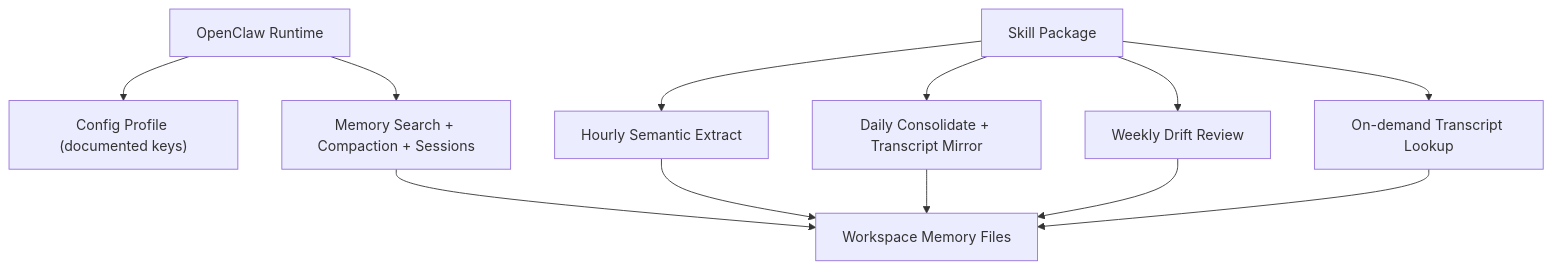
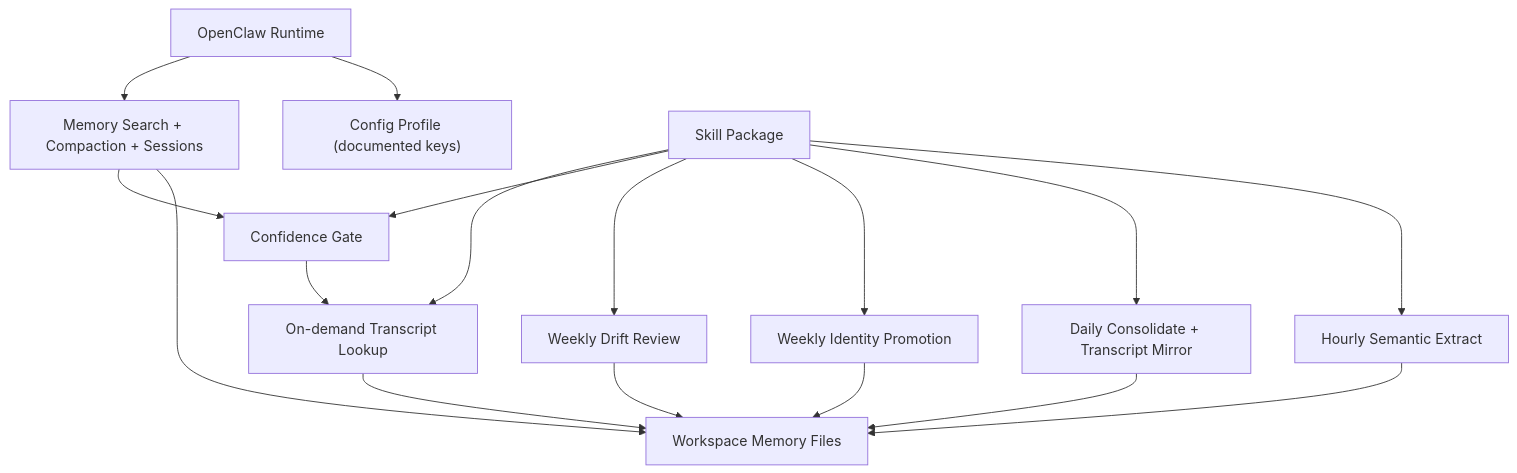
One commit to Celi-Celeste/OpenClaw_Memory_Governance changed the diagram in docs/architecture.md. Above: the diagram before and after it, drawn with Mermaid. The commit also changed other lines of this file and 18 other files, not shown here.

Commit message:
Implement fixes: transcript isolation, confidence gate, and weekly identity promotion

````diff
--- a/docs/architecture.md
+++ b/docs/architecture.md
@@ -9,14 +9,19 @@
 ```mermaid
 flowchart TD
     A["OpenClaw Runtime"] --> B["Config Profile (documented keys)"]
     A --> C["Memory Search + Compaction + Sessions"]
     D["Skill Package"] --> E["Hourly Semantic Extract"]
     D --> F["Daily Consolidate + Transcript Mirror"]
-    D --> G["Weekly Drift Review"]
-    D --> H["On-demand Transcript Lookup"]
-    C --> I["Workspace Memory Files"]
-    E --> I
-    F --> I
-    G --> I
-    H --> I
+    D --> G["Weekly Identity Promotion"]
+    D --> H["Weekly Drift Review"]
+    D --> I["Confidence Gate"]
+    D --> J["On-demand Transcript Lookup"]
+    C --> K["Workspace Memory Files"]
+    C --> I
+    E --> K
+    F --> K
+    G --> K
+    H --> K
+    I --> J
+    J --> K
 ```
````
